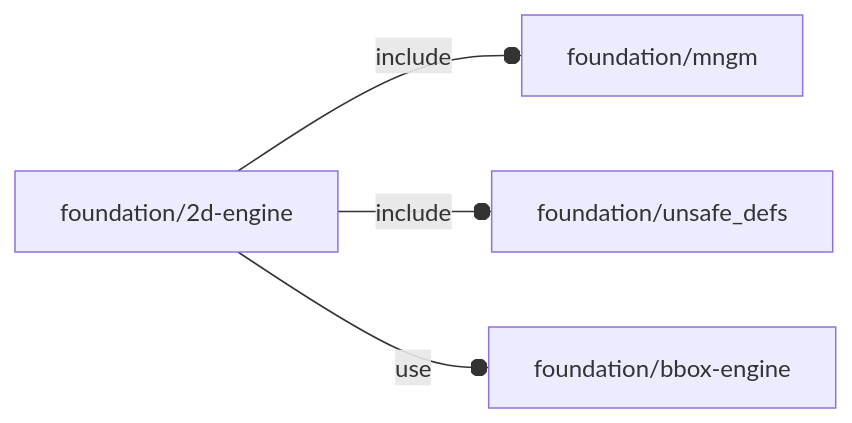
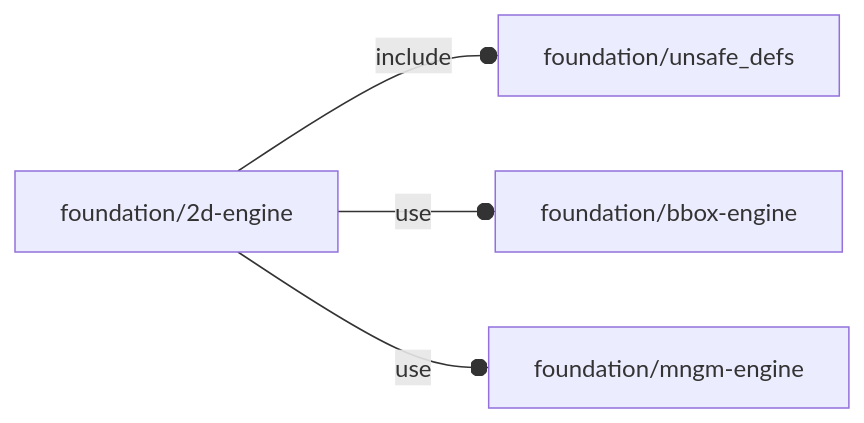
The diagram in orthodocs/foundation/2d-engine.md (ggabbiani/OFL), drawn with Mermaid before and after one commit. The commit also changed 65 other files, not shown here.

Commit message:
foundation/mngm.scad renamed as foundation/mngm-engine.scad

````diff
--- a/orthodocs/foundation/2d-engine.md
+++ b/orthodocs/foundation/2d-engine.md
@@ -5,6 +5,6 @@
 ```mermaid
 graph LR
-    A1[foundation/2d-engine] --o|include| A2[foundation/mngm]
-    A1 --o|include| A3[foundation/unsafe_defs]
-    A1 --o|use| A4[foundation/bbox-engine]
+    A1[foundation/2d-engine] --o|include| A2[foundation/unsafe_defs]
+    A1 --o|use| A3[foundation/bbox-engine]
+    A1 --o|use| A4[foundation/mngm-engine]
 ```
````
